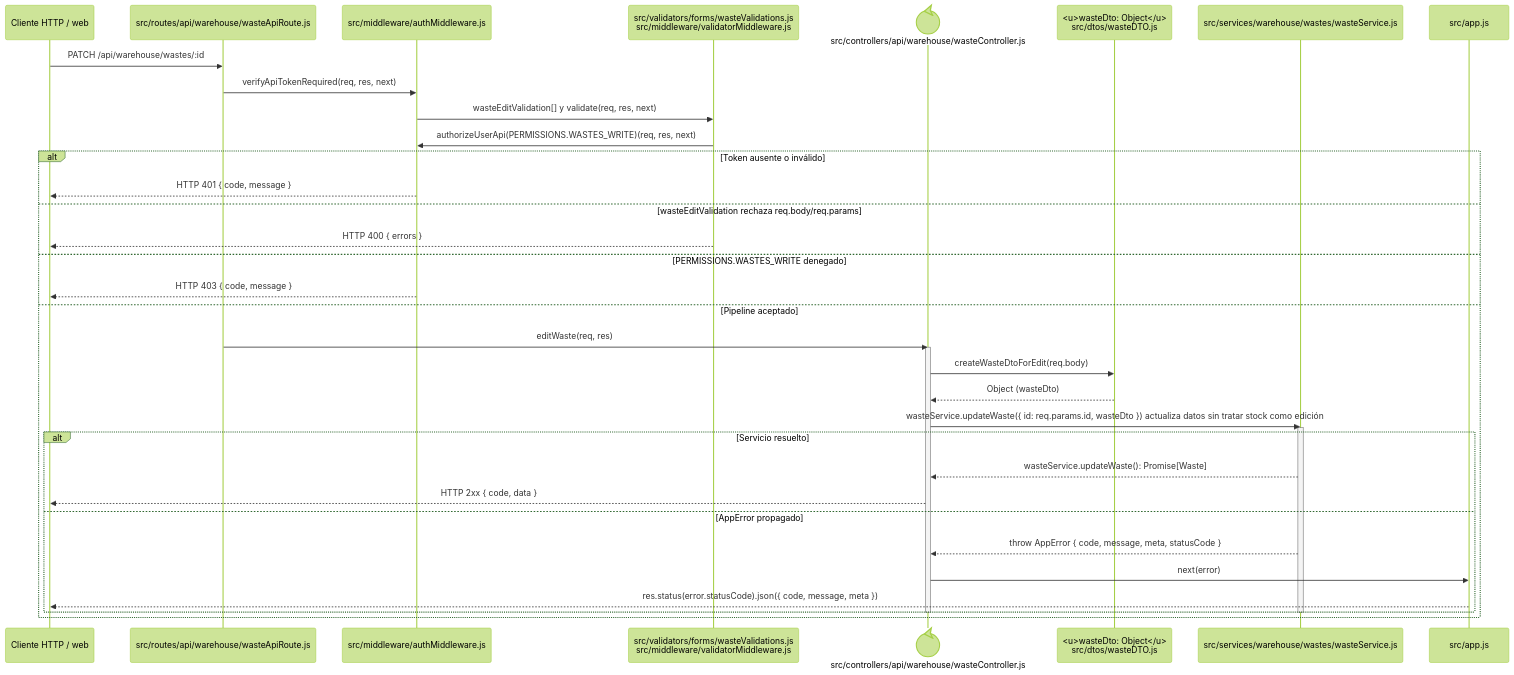
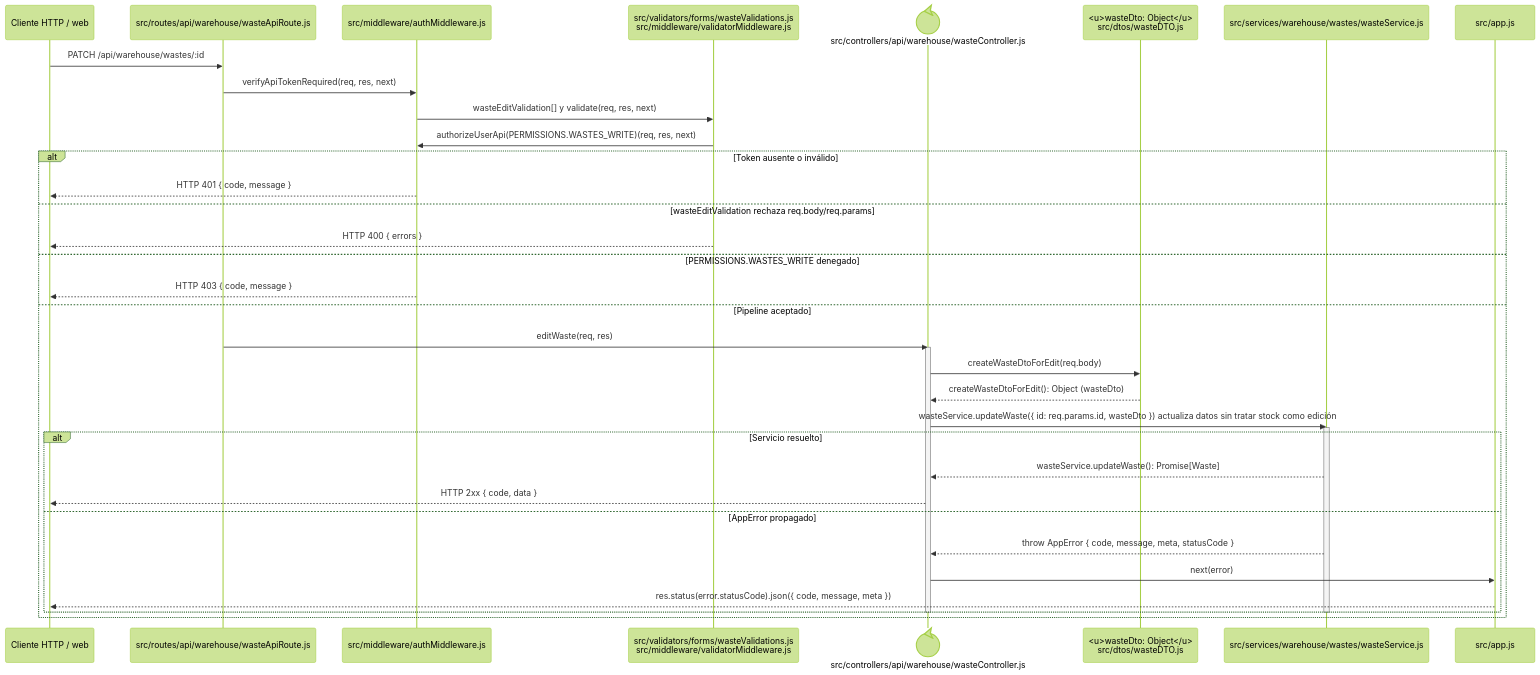
One commit to gpgsistemas01/nexus changed the diagram in docs/architecture/backend-code-sequences/catalogs/cu-alm-11.md. Above: the diagram before and after it, drawn with Mermaid (forest theme). The commit also changed 50 other files, not shown here.

Commit message:
docs: separar llamadas en diagramas de secuencia

````diff
--- a/docs/architecture/backend-code-sequences/catalogs/cu-alm-11.md
+++ b/docs/architecture/backend-code-sequences/catalogs/cu-alm-11.md
@@ -6,40 +6,40 @@
 ```mermaid
 sequenceDiagram
     participant Client as Cliente HTTP / web
     participant Route as src/routes/api/warehouse/wasteApiRoute.js
     participant Auth as src/middleware/authMiddleware.js
     participant Validator as src/validators/forms/wasteValidations.js<br/>src/middleware/validatorMiddleware.js
     participant Controller@{ "type": "control" } as src/controllers/api/warehouse/wasteController.js
     participant WasteDto as <u>wasteDto: Object</u><br/>src/dtos/wasteDTO.js
     participant Domain as src/services/warehouse/wastes/wasteService.js
     participant ErrorHandler as src/app.js
 
     Client->>Route: PATCH /api/warehouse/wastes/:id
     Route->>Auth: verifyApiTokenRequired(req, res, next)
     Auth->>Validator: wasteEditValidation[] y validate(req, res, next)
     Validator->>Auth: authorizeUserApi(PERMISSIONS.WASTES_WRITE)(req, res, next)
     alt Token ausente o inválido
         Auth-->>Client: HTTP 401 { code, message }
     else wasteEditValidation rechaza req.body/req.params
         Validator-->>Client: HTTP 400 { errors }
     else PERMISSIONS.WASTES_WRITE denegado
         Auth-->>Client: HTTP 403 { code, message }
     else Pipeline aceptado
         Route->>Controller: editWaste(req, res)
         activate Controller
         Controller->>WasteDto: createWasteDtoForEdit(req.body)
-        WasteDto-->>Controller: Object (wasteDto)
+        WasteDto-->>Controller: createWasteDtoForEdit(): Object (wasteDto)
         Controller->>Domain: wasteService.updateWaste({ id: req.params.id, wasteDto }) actualiza datos sin tratar stock como edición
         activate Domain
         alt Servicio resuelto
             Domain-->>Controller: wasteService.updateWaste(): Promise[Waste]
             Controller-->>Client: HTTP 2xx { code, data }
         else AppError propagado
             Domain-->>Controller: throw AppError { code, message, meta, statusCode }
             Controller->>ErrorHandler: next(error)
             ErrorHandler-->>Client: res.status(error.statusCode).json({ code, message, meta })
         end
         deactivate Domain
         deactivate Controller
     end
 ```
````
